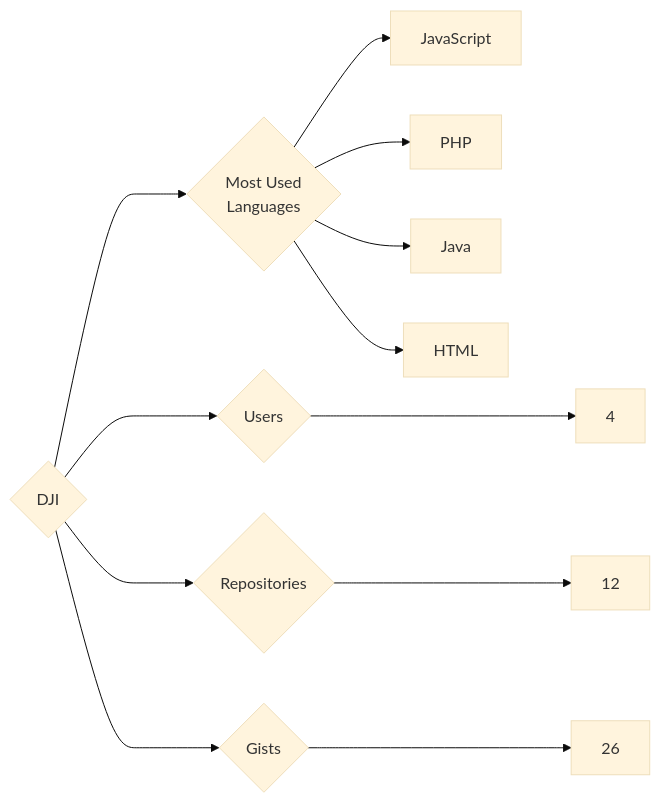
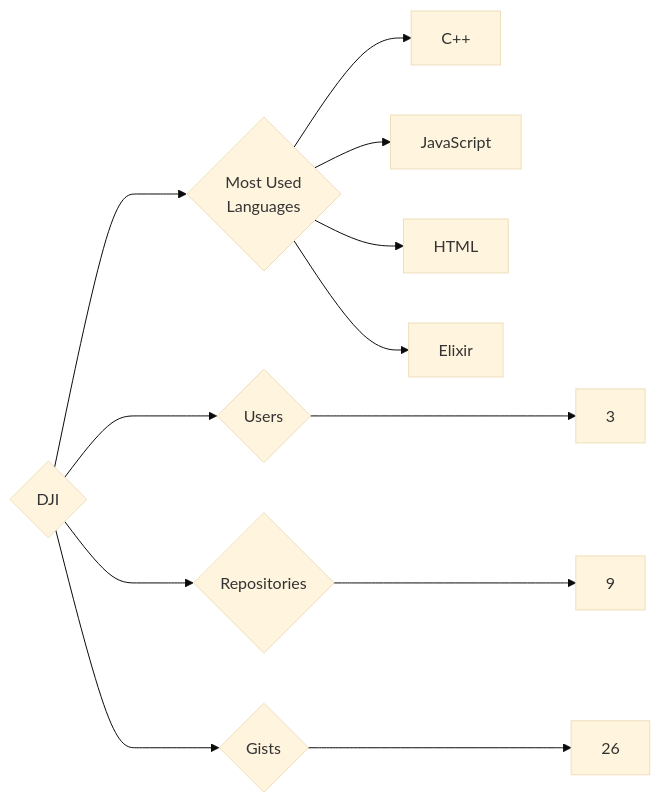
One commit to trickest/insiders changed the diagram in targets/DJI/README.md. Above: the diagram before and after it, drawn with Mermaid (base theme). The commit also changed 745 other files, not shown here.

````diff
--- a/targets/DJI/README.md
+++ b/targets/DJI/README.md
@@ -3,12 +3,12 @@
 ```mermaid
 graph LR
 COMPANY_NAME{DJI}
-COMPANY_NAME ---> U{Users} ---> UN[4]
-COMPANY_NAME ---> R{Repositories} ---> RN[12]
+COMPANY_NAME ---> U{Users} ---> UN[3]
+COMPANY_NAME ---> R{Repositories} ---> RN[9]
 COMPANY_NAME ---> G{Gists} ---> GN[26]
 COMPANY_NAME ---> ML{Most Used<br>Languages}
+ML --> C++[C++]
 ML --> JavaScript[JavaScript]
-ML --> PHP[PHP]
-ML --> Java[Java]
 ML --> HTML[HTML]
+ML --> Elixir[Elixir]
 ```
````
